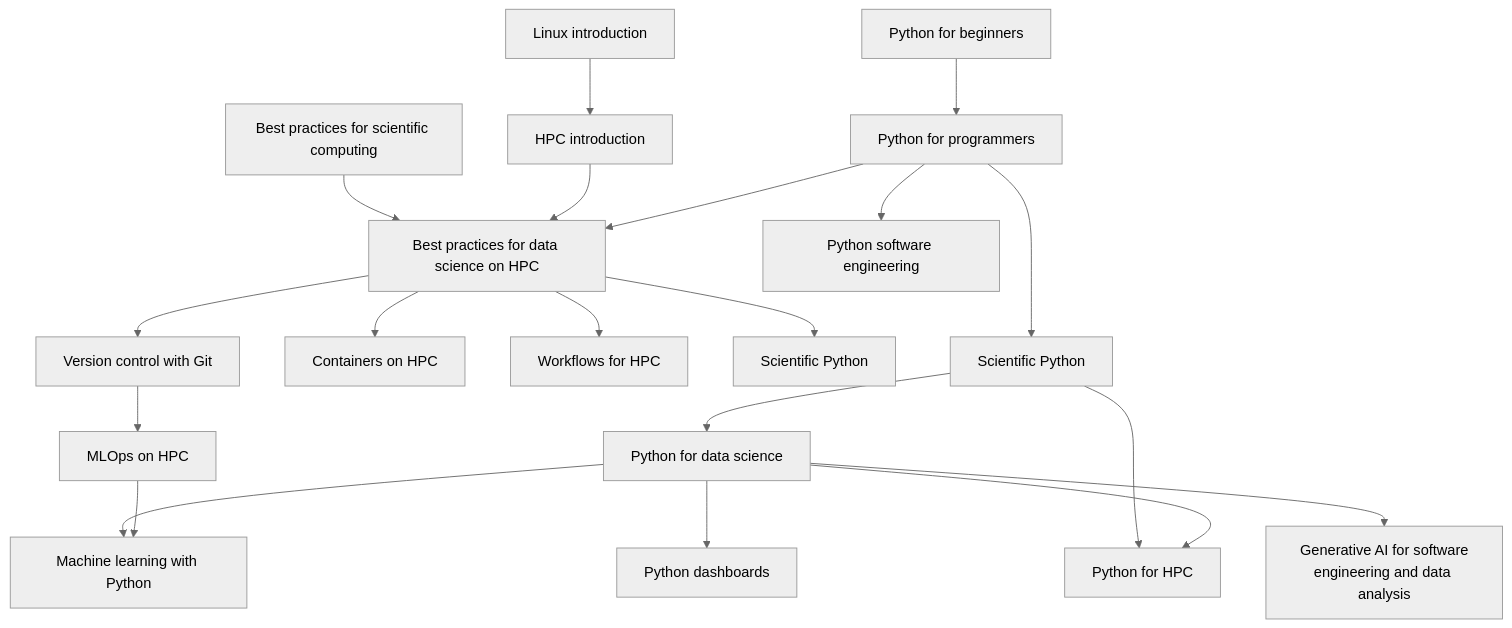
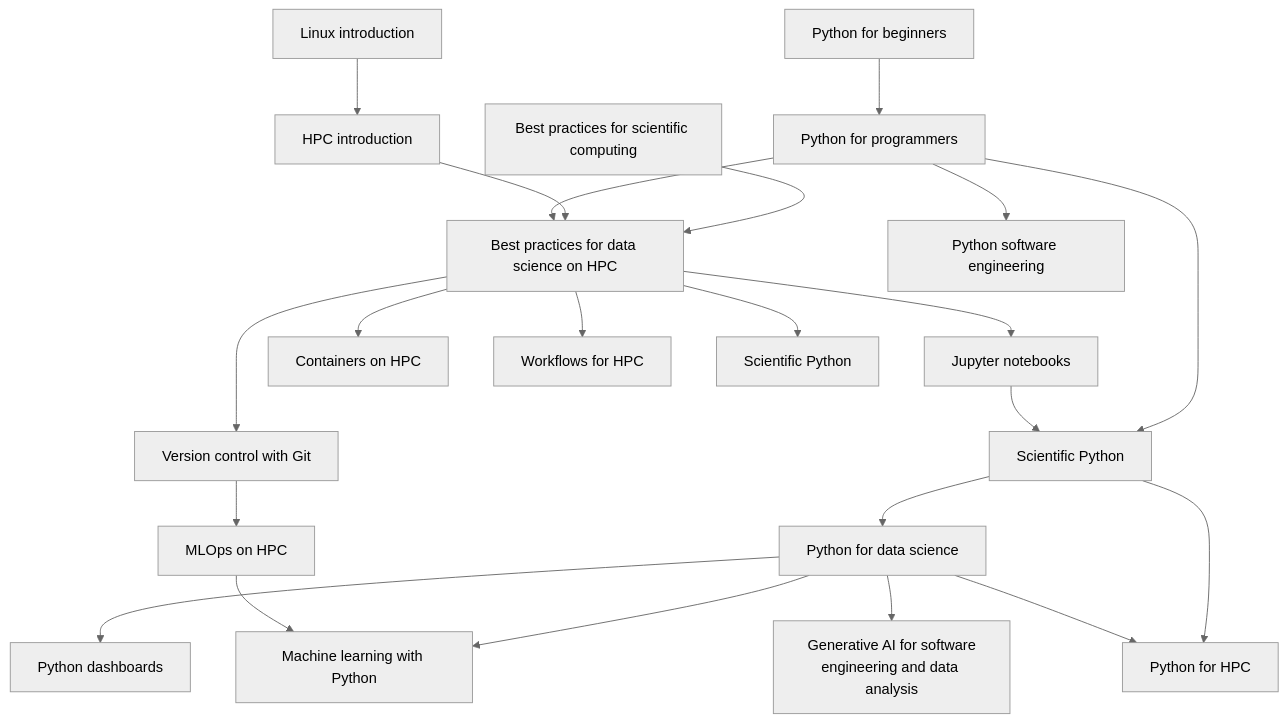
The diagram in docs/learning_path_data_science.md (gjbex/Training-sessions), drawn with Mermaid (neutral theme) before and after one commit.

Commit message:
Add Jupyter notebooks session to data science learning path

````diff
--- a/docs/learning_path_data_science.md
+++ b/docs/learning_path_data_science.md
@@ -6,40 +6,43 @@
 ```mermaid
 graph TD
   Best_practices_for_scientific_computing[Best practices for scientific computing] --> Best_practices_for_data_science_on_HPC[Best practices for data science on HPC]
   Linux_intro[Linux introduction] --> HPC_intro[HPC introduction]
   HPC_intro --> Best_practices_for_data_science_on_HPC
   Best_practices_for_data_science_on_HPC --> Version_control_with_git[Version control with Git]
   Version_control_with_git --> MLOps_on_HPC[MLOps on HPC]
   Python_for_beginners[Python for beginners] --> Python_for_programmers[Python for programmers]
   Python_for_programmers --> Best_practices_for_data_science_on_HPC
+  Best_practices_for_data_science_on_HPC --> Jupyter_notebooks[Jupyter notebooks]
   Best_practices_for_data_science_on_HPC --> Containers_on_HPC[Containers on HPC]
   Best_practices_for_data_science_on_HPC --> Workflows_for_HPC[Workflows for HPC]
   Best_practices_for_data_science_on_HPC --> Scientific_python[Scientific Python]
   Python_for_programmers --> Python_software_engineering[Python software engineering]
   Python_for_programmers --> Scientific_Python[Scientific Python]
+  Jupyter_notebooks --> Scientific_Python
   Scientific_Python --> Python_for_data_science[Python for data science]
   Python_for_data_science --> Python_dashboards[Python dashboards]
   Scientific_Python --> Python_for_HPC[Python for HPC]
   Python_for_data_science --> Python_for_HPC
   Python_for_data_science --> Generative_ai_for_software_engineering_and_data_analysis[Generative AI for software\nengineering and data analysis]
   Python_for_data_science --> Machine_learning_with_Python[Machine learning with Python]
   MLOps_on_HPC --> Machine_learning_with_Python
   click Best_practices_for_scientific_computing "https://gjbex.github.io/Best-practices-for-scientific-computing/" "Best practices for scientific computing"
   click Best_practices_for_data_science_on_HPC "https://gjbex.github.io/Best-practices-for-data-science-on-HPC/" "Best practices for data science on HPC"
   click Version_control_with_git "https://gjbex.github.io/Version-control-with-git" "Version control with Git"
   click Linux_intro "https://gjbex.github.io/Training-sessions/linux_intro" "Linux introduction"
   click HPC_intro "https://gjbex.github.io/Training-sessions/hpc_intro" "HPC introduction"
   click Containers_on_HPC "https://gjbex.github.io/Containers-for-HPC/" "Containers on HPC"
   click Workflows_for_HPC "https://gjbex.github.io/Workflows-for-HPC/" "Workflows for HPC"
   click MLOps_on_HPC "https://gjbex.github.io/MLOps-on-HPC/" "MLOps on HPC"
   click Python_for_beginners "https://gjbex.github.io/Python-for-beginners/" "Python for beginners"
   click Python_for_programmers "https://gjbex.github.io/Python-for-programmers/" "Python for programmers"
   click Python_software_engineering "https://gjbex.github.io/Python-software-engineering/" "Python software engineering"
   click Scientific_Python "https://gjbex.github.io/Scientific-Python/" "Scientific Python"
   click Generative_ai_for_software_engineering_and_data_analysis "https://gjbex.github.io/Training-sessions/generative_ai_for_software_engineering_and_data_analysis" "Generative AI for software engineering and data analysis"
   click Machine_learning_with_Python "https://gjbex.github.io/Training-sessions/machine_learning_with_python" "Machine learning with Python"
   click MLOps_on_HPC "https://gjbex.github.io/Training-sessions/mlops_on_hpc" "MLOps on HPC"
   click Python_dashboards "https://gjbex.github.io/Python-dashboards/" "Python dashboards"
+  click Jupyter_notebooks "https://gjbex.github.io/Jupyter-notebooks/" "Jupyter notebooks"
   click Python_for_HPC "https://gjbex.github.io/Python-for-HPC/" "Python for HPC"
   click Python_for_data_science "https://gjbex.github.io/Python-for-data-science/" "Python for data science"
 ```
````
